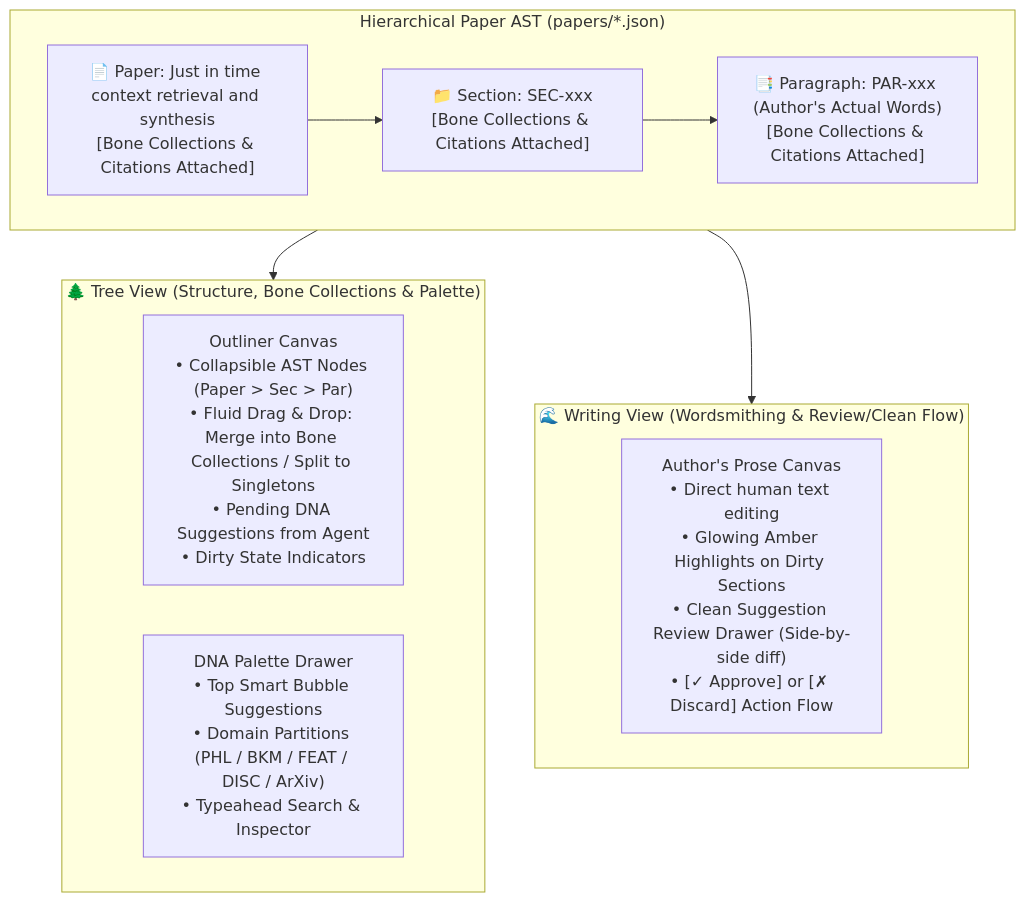
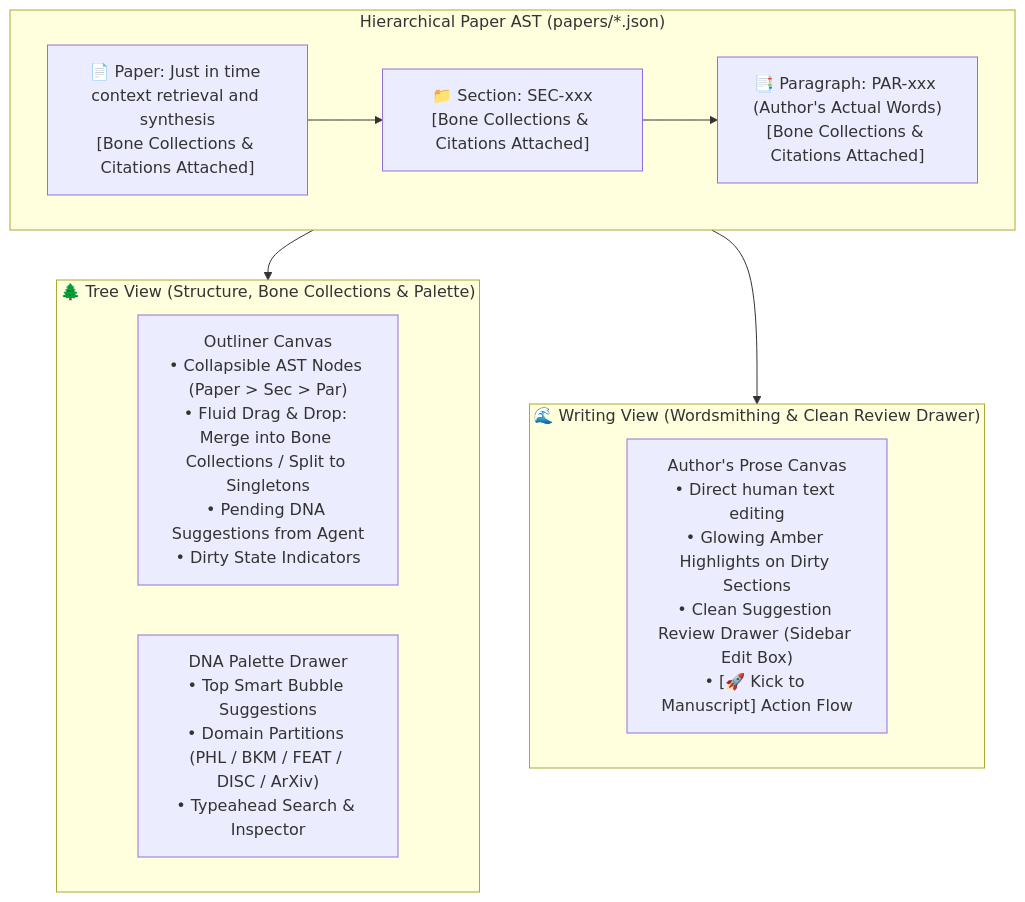
Before and after one commit to kEnder242/Portfolio_Dev: the diagram in docs/sprints/active/SPRINT_PLAN_SPR_79_0.md, drawn with Mermaid. The commit also changed other lines of this file and 2 other files, not shown here.

Commit message:
feat(wisdom): register PHL-029 and PHL-030 (Applied Armchair Philosophy), update SPRINT_PLAN_SPR_79_0.md with sidebar edit flow & outside-paper TODO roadmap [PHL-029] [PHL-030] [FEAT-581] [FEAT-584]

````diff
--- a/docs/sprints/active/SPRINT_PLAN_SPR_79_0.md
+++ b/docs/sprints/active/SPRINT_PLAN_SPR_79_0.md
@@ -91,22 +102,22 @@
 ```mermaid
 flowchart TD
     subgraph DataModel["Hierarchical Paper AST (papers/*.json)"]
         PaperNode["📄 Paper: Just in time context retrieval and synthesis\n[Bone Collections & Citations Attached]"]
         SecNode["📁 Section: SEC-xxx\n[Bone Collections & Citations Attached]"]
         ParNode["📑 Paragraph: PAR-xxx (Author's Actual Words)\n[Bone Collections & Citations Attached]"]
         
         PaperNode --> SecNode --> ParNode
     end
 
     subgraph TreeMode["🌲 Tree View (Structure, Bone Collections & Palette)"]
         TreeOutline["Outliner Canvas\n• Collapsible AST Nodes (Paper > Sec > Par)\n• Fluid Drag & Drop: Merge into Bone Collections / Split to Singletons\n• Pending DNA Suggestions from Agent\n• Dirty State Indicators"]
         Palette["DNA Palette Drawer\n• Top Smart Bubble Suggestions\n• Domain Partitions (PHL / BKM / FEAT / DISC / ArXiv)\n• Typeahead Search & Inspector"]
     end
 
-    subgraph WriteMode["🌊 Writing View (Wordsmithing & Review/Clean Flow)"]
-        ProseCanvas["Author's Prose Canvas\n• Direct human text editing\n• Glowing Amber Highlights on Dirty Sections\n• Clean Suggestion Review Drawer (Side-by-side diff)\n• [✓ Approve] or [✗ Discard] Action Flow"]
+    subgraph WriteMode["🌊 Writing View (Wordsmithing & Clean Review Drawer)"]
+        ProseCanvas["Author's Prose Canvas\n• Direct human text editing\n• Glowing Amber Highlights on Dirty Sections\n• Clean Suggestion Review Drawer (Sidebar Edit Box)\n• [🚀 Kick to Manuscript] Action Flow"]
     end
 
     DataModel --> TreeMode
     DataModel --> WriteMode
 ```
````
